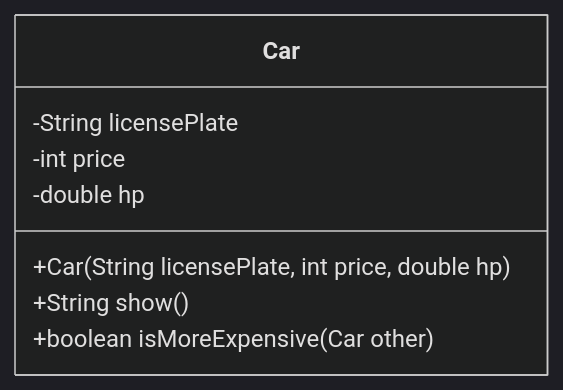
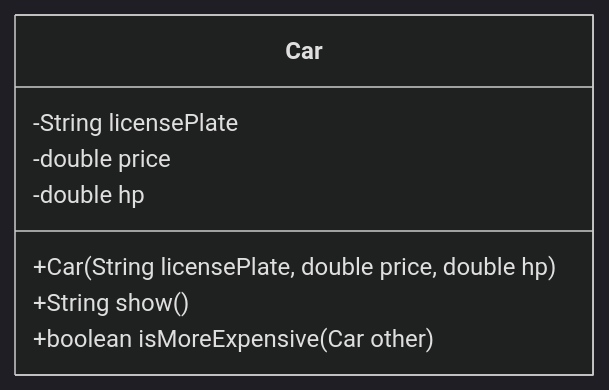
Before and after one commit to nbicocchi/learn-java-core: the diagram in slides/E3.1 - Java Classes (Encapsulation).md, drawn with Mermaid (dark theme). The commit also changed other lines of this file and 1 other file, not shown here.

````diff
--- a/slides/E3.1 - Java Classes (Encapsulation).md
+++ b/slides/E3.1 - Java Classes (Encapsulation).md
@@ -50,12 +52,11 @@
 ```mermaid
 classDiagram
     class Car {
         -String licensePlate
-        -int price
+        -double price
         -double hp
-        +Car(String licensePlate, int price, double hp)
+        +Car(String licensePlate, double price, double hp)
         +String show()
         +boolean isMoreExpensive(Car other)
     }
-
 ```
````
